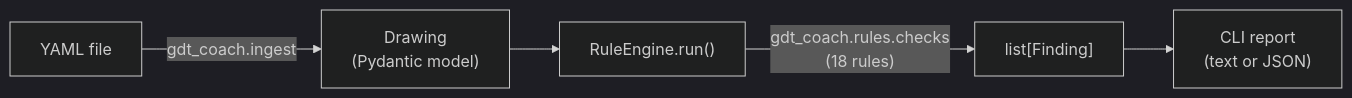
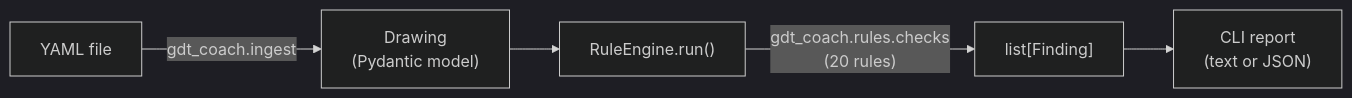
One commit to mustafabaylamak/gdt-coach changed the diagram in README.md. Above: the diagram before and after it, drawn with Mermaid (dark theme). The commit also changed other lines of this file and 13 other files, not shown here.

````diff
--- a/README.md
+++ b/README.md
@@ -43,7 +43,7 @@
 ```mermaid
 flowchart LR
     A["YAML file"] -->|gdt_coach.ingest| B["Drawing\n(Pydantic model)"]
     B --> C["RuleEngine.run()"]
-    C -->|"gdt_coach.rules.checks\n(18 rules)"| D["list[Finding]"]
+    C -->|"gdt_coach.rules.checks\n(20 rules)"| D["list[Finding]"]
     D --> E["CLI report\n(text or JSON)"]
 ```
````
